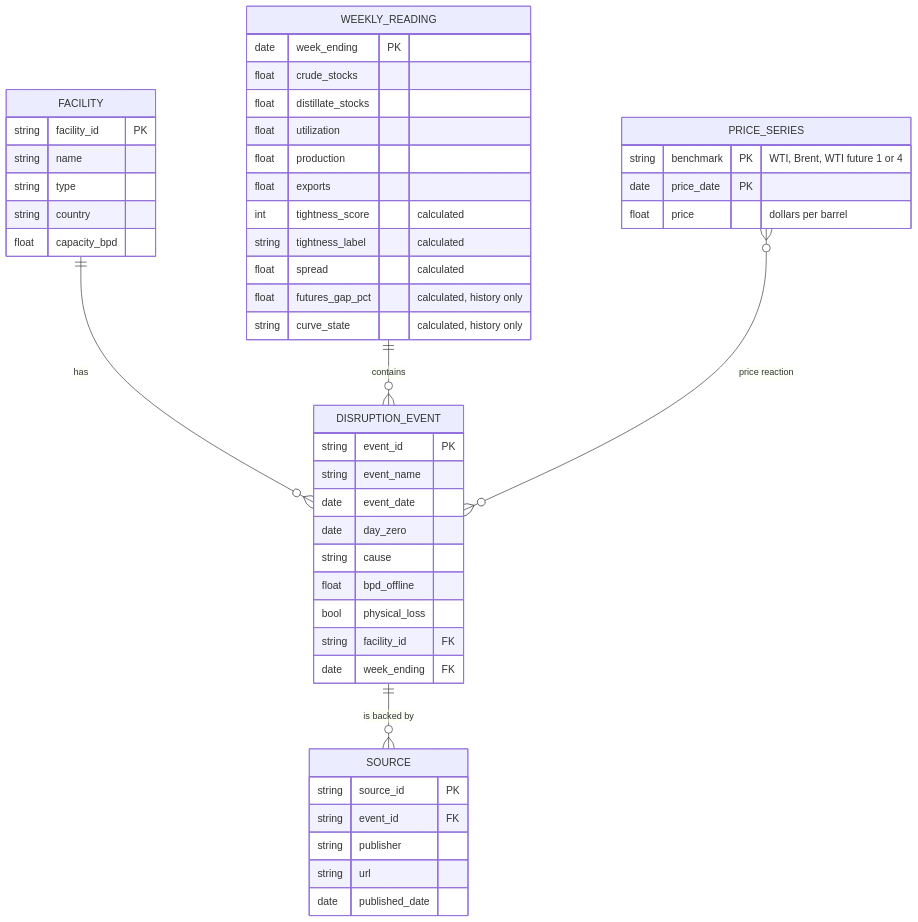
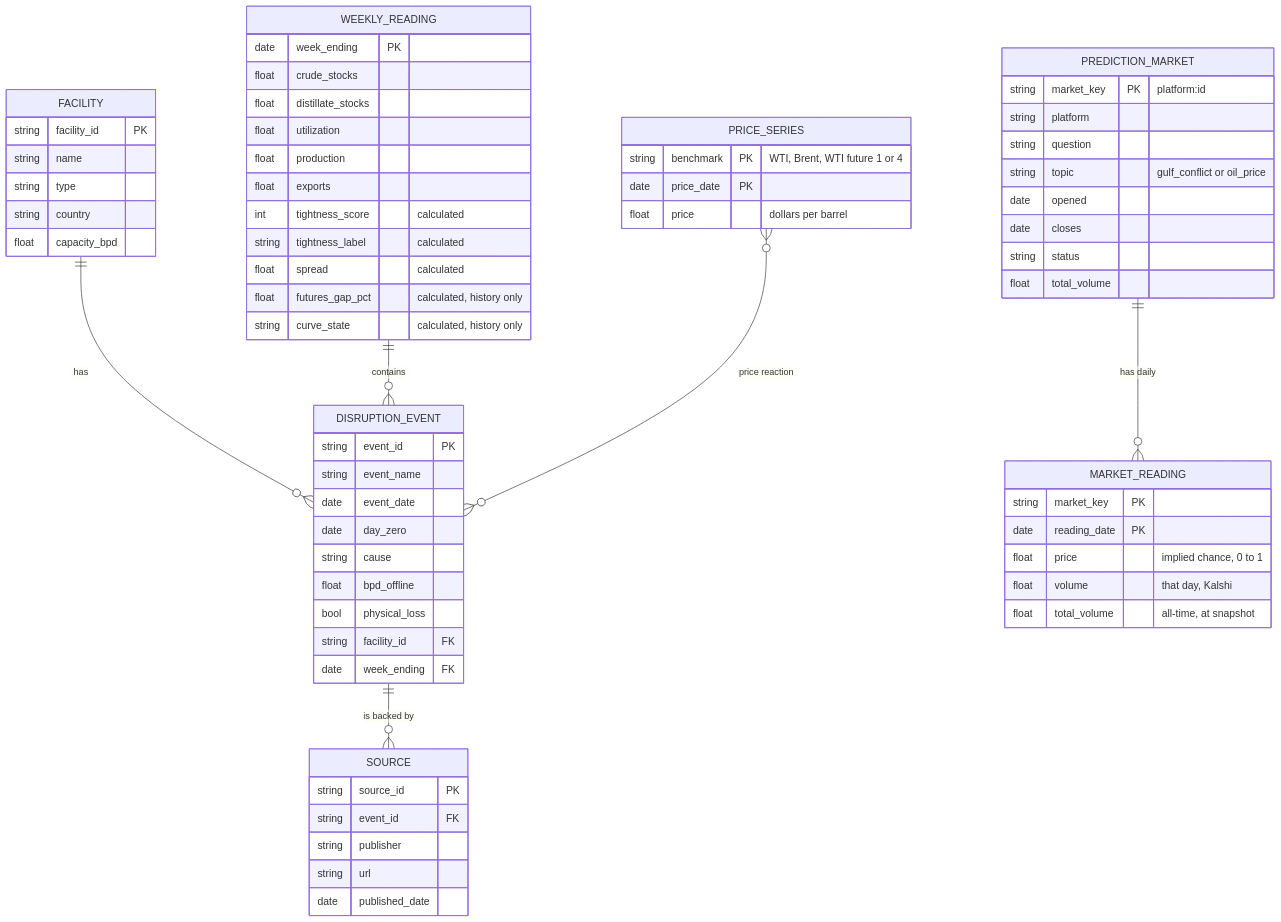
One commit to domenicguanciale/crude-market-monitor changed the diagram in README.md. Above: the diagram before and after it, drawn with Mermaid. The commit also changed other lines of this file and 7 other files, not shown here.

First line of the commit message:
Add prediction market odds from Polymarket and Kalshi (item 3)

````diff
--- a/README.md
+++ b/README.md
@@ -65,51 +65,70 @@
 ```mermaid
 erDiagram
     FACILITY ||--o{ DISRUPTION_EVENT : "has"
     DISRUPTION_EVENT ||--o{ SOURCE : "is backed by"
     WEEKLY_READING ||--o{ DISRUPTION_EVENT : "contains"
     PRICE_SERIES }o--o{ DISRUPTION_EVENT : "price reaction"
 
     FACILITY {
         string facility_id PK
         string name
         string type
         string country
         float capacity_bpd
     }
     DISRUPTION_EVENT {
         string event_id PK
         string event_name
         date event_date
         date day_zero
         string cause
         float bpd_offline
         bool physical_loss
         string facility_id FK
         date week_ending FK
     }
     SOURCE {
         string source_id PK
         string event_id FK
         string publisher
         string url
         date published_date
     }
     PRICE_SERIES {
         string benchmark PK "WTI, Brent, WTI future 1 or 4"
         date price_date PK
         float price "dollars per barrel"
     }
+    PREDICTION_MARKET ||--o{ MARKET_READING : "has daily"
+
+    PREDICTION_MARKET {
+        string market_key PK "platform:id"
+        string platform
+        string question
+        string topic "gulf_conflict or oil_price"
+        date opened
+        date closes
+        string status
+        float total_volume
+    }
+    MARKET_READING {
+        string market_key PK
+        date reading_date PK
+        float price "implied chance, 0 to 1"
+        float volume "that day, Kalshi"
+        float total_volume "all-time, at snapshot"
+    }
     WEEKLY_READING {
         date week_ending PK
         float crude_stocks
         float distillate_stocks
         float utilization
         float production
         float exports
         int tightness_score "calculated"
         string tightness_label "calculated"
         float spread "calculated"
         float futures_gap_pct "calculated, history only"
         string curve_state "calculated, history only"
     }
 ```
````
